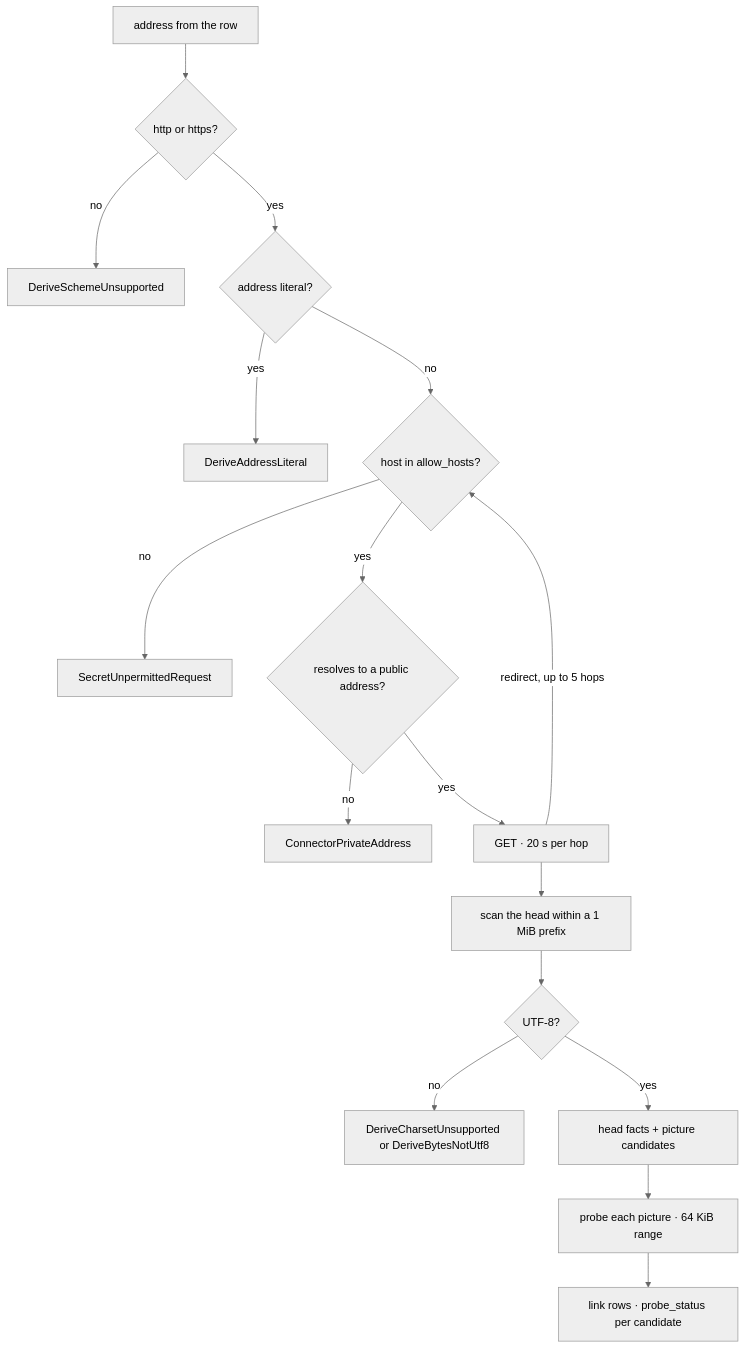
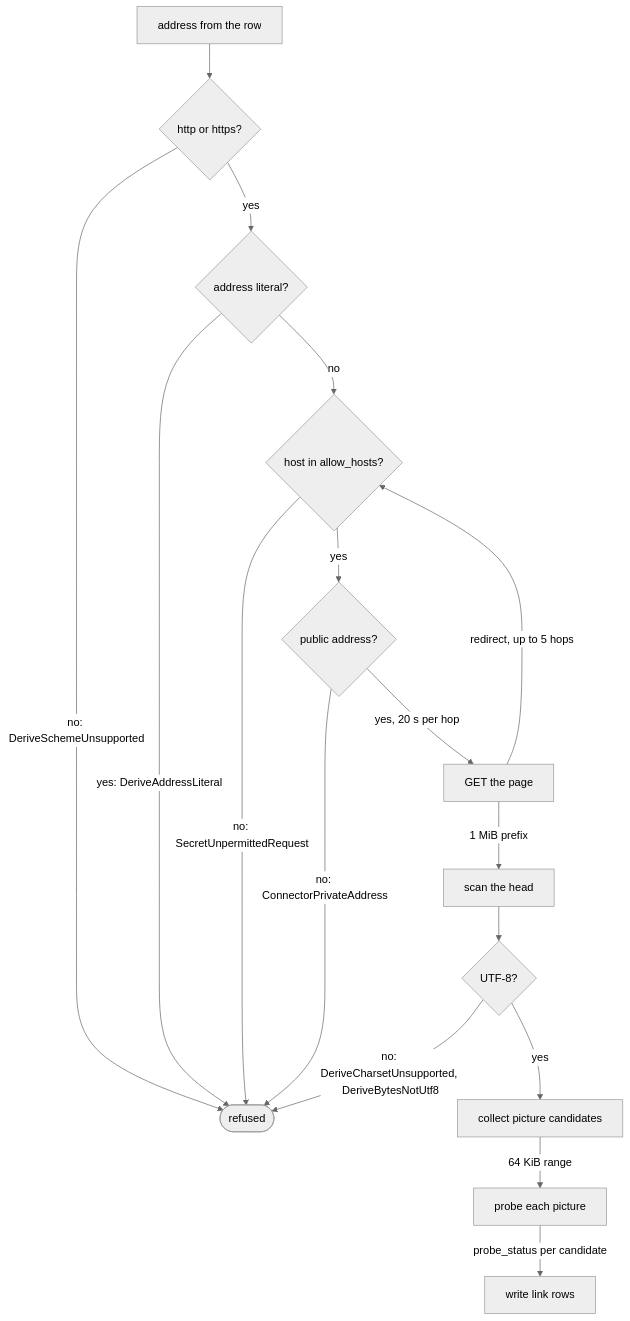
Before and after one commit to fractalboxdev/contextful: the third of 4 diagrams in spec/32-derive.md, drawn with Mermaid (neutral theme). The commit also changed other lines of this file and 24 other files, not shown here.

First line of the commit message:
spec: every flowchart draws one entity or process per node

````diff
--- a/spec/32-derive.md
+++ b/spec/32-derive.md
@@ -183,19 +179,19 @@
 ```mermaid
 flowchart TD
   A["address from the row"] --> S{"http or https?"}
-  S -->|no| R1["DeriveSchemeUnsupported"]
+  S -->|"no: DeriveSchemeUnsupported"| X(["refused"])
   S -->|yes| L{"address literal?"}
-  L -->|yes| R2["DeriveAddressLiteral"]
+  L -->|"yes: DeriveAddressLiteral"| X
   L -->|no| H{"host in allow_hosts?"}
-  H -->|no| R3["SecretUnpermittedRequest"]
-  H -->|yes| P{"resolves to a public address?"}
-  P -->|no| R4["ConnectorPrivateAddress"]
-  P -->|yes| G["GET · 20 s per hop"]
+  H -->|"no: SecretUnpermittedRequest"| X
+  H -->|yes| P{"public address?"}
+  P -->|"no: ConnectorPrivateAddress"| X
+  P -->|"yes, 20 s per hop"| G["GET the page"]
   G -->|"redirect, up to 5 hops"| H
-  G --> D["scan the head within a 1 MiB prefix"]
+  G -->|"1 MiB prefix"| D["scan the head"]
   D --> C{"UTF-8?"}
-  C -->|no| R5["DeriveCharsetUnsupported or DeriveBytesNotUtf8"]
-  C -->|yes| F["head facts + picture candidates"]
-  F --> PR["probe each picture · 64 KiB range"]
-  PR --> ROW["link rows · probe_status per candidate"]
+  C -->|"no: DeriveCharsetUnsupported, DeriveBytesNotUtf8"| X
+  C -->|yes| F["collect picture candidates"]
+  F -->|"64 KiB range"| PR["probe each picture"]
+  PR -->|"probe_status per candidate"| ROW["write link rows"]
 ```
````
